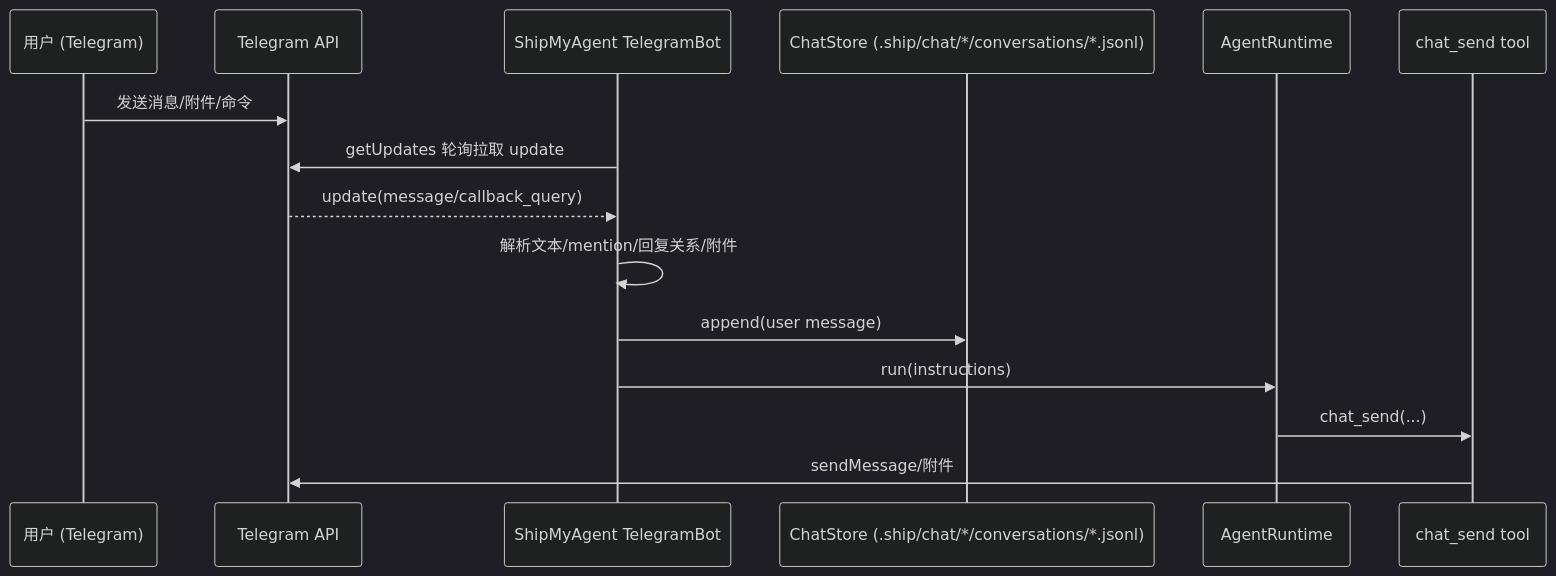
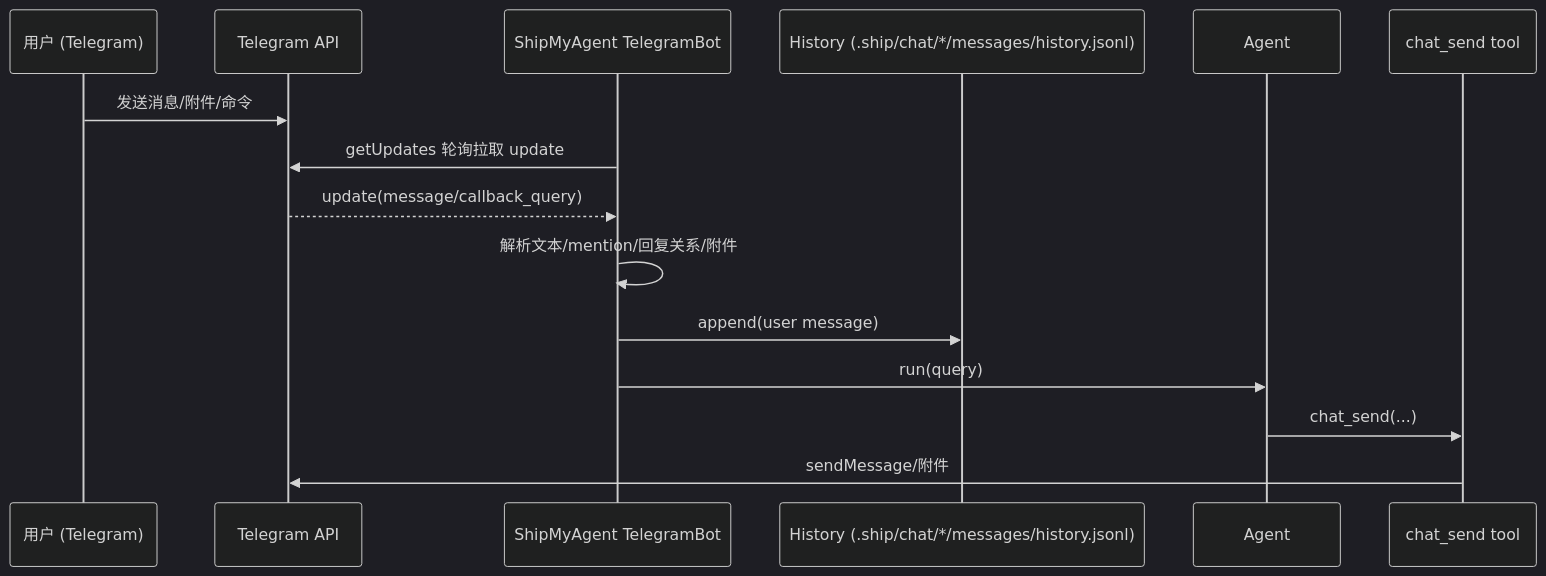
Before and after one commit to wangenius/shipmyagent: the diagram in homepage/content/docs/zh/integrations/telegram-message-flow.mdx, drawn with Mermaid (dark theme). The commit also changed other lines of this file and 97 other files, not shown here.

````diff
--- a/homepage/content/docs/zh/integrations/telegram-message-flow.mdx
+++ b/homepage/content/docs/zh/integrations/telegram-message-flow.mdx
@@ -16,19 +16,19 @@
 ```mermaid
 sequenceDiagram
   participant U as 用户 (Telegram)
   participant TG as Telegram API
   participant BOT as ShipMyAgent TelegramBot
-  participant CS as ChatStore (.ship/chat/*/conversations/*.jsonl)
-  participant RT as AgentRuntime
+  participant CS as History (.ship/chat/*/messages/history.jsonl)
+  participant RT as Agent
   participant T as chat_send tool
 
   U->>TG: 发送消息/附件/命令
   BOT->>TG: getUpdates 轮询拉取 update
   TG-->>BOT: update(message/callback_query)
 
   BOT->>BOT: 解析文本/mention/回复关系/附件
   BOT->>CS: append(user message)
-  BOT->>RT: run(instructions)
+  BOT->>RT: run(query)
   RT->>T: chat_send(...)
   T->>TG: sendMessage/附件
 ```
````
